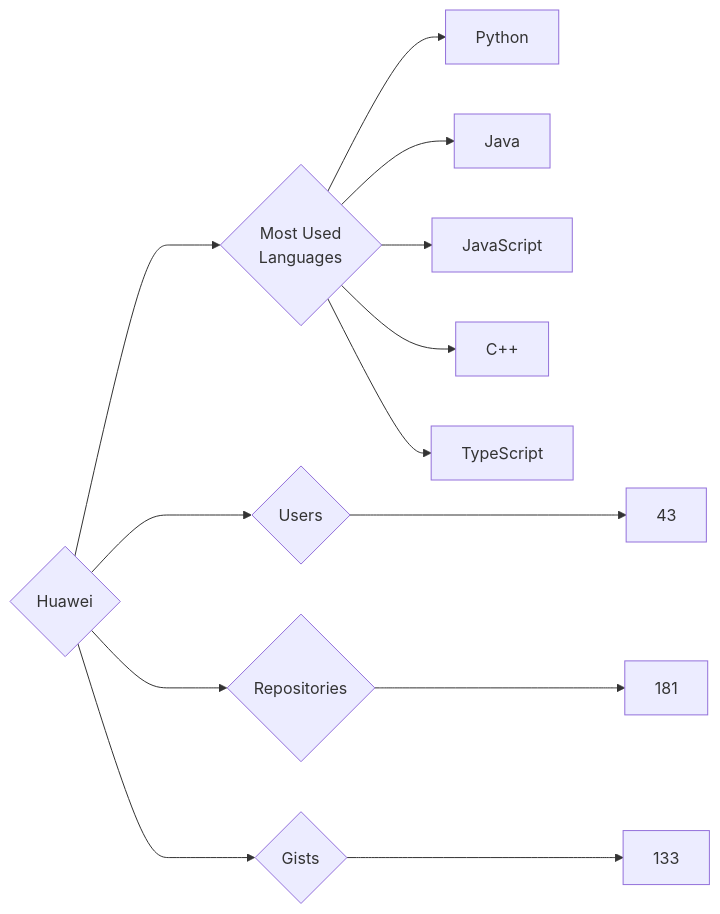
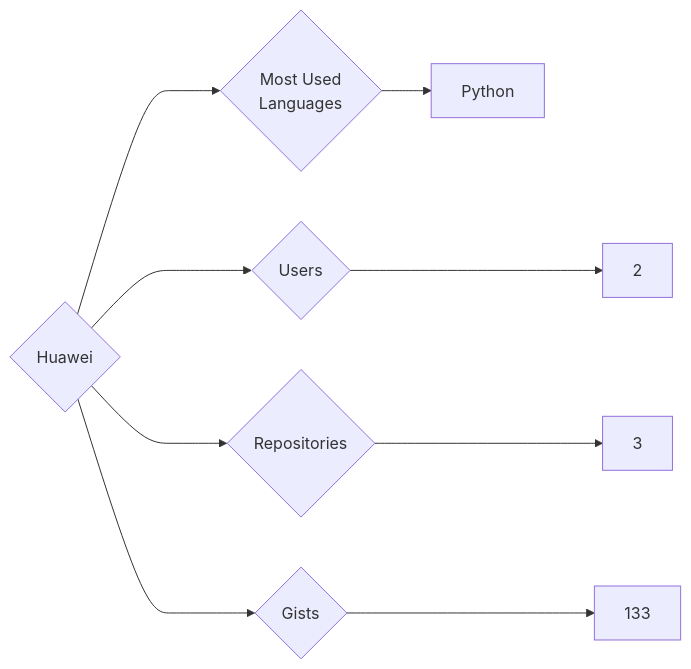
One commit to trickest/insiders changed the diagram in targets/Huawei/README.md. Above: the diagram before and after it, drawn with Mermaid. The commit also changed 745 other files, not shown here.

````diff
--- a/targets/Huawei/README.md
+++ b/targets/Huawei/README.md
@@ -3,13 +3,9 @@
 ```mermaid
 graph LR
 COMPANY_NAME{Huawei}
-COMPANY_NAME ---> U{Users} ---> UN[43]
-COMPANY_NAME ---> R{Repositories} ---> RN[181]
+COMPANY_NAME ---> U{Users} ---> UN[2]
+COMPANY_NAME ---> R{Repositories} ---> RN[3]
 COMPANY_NAME ---> G{Gists} ---> GN[133]
 COMPANY_NAME ---> ML{Most Used<br>Languages}
 ML --> Python[Python]
-ML --> Java[Java]
-ML --> JavaScript[JavaScript]
-ML --> C++[C++]
-ML --> TypeScript[TypeScript]
 ```
````
